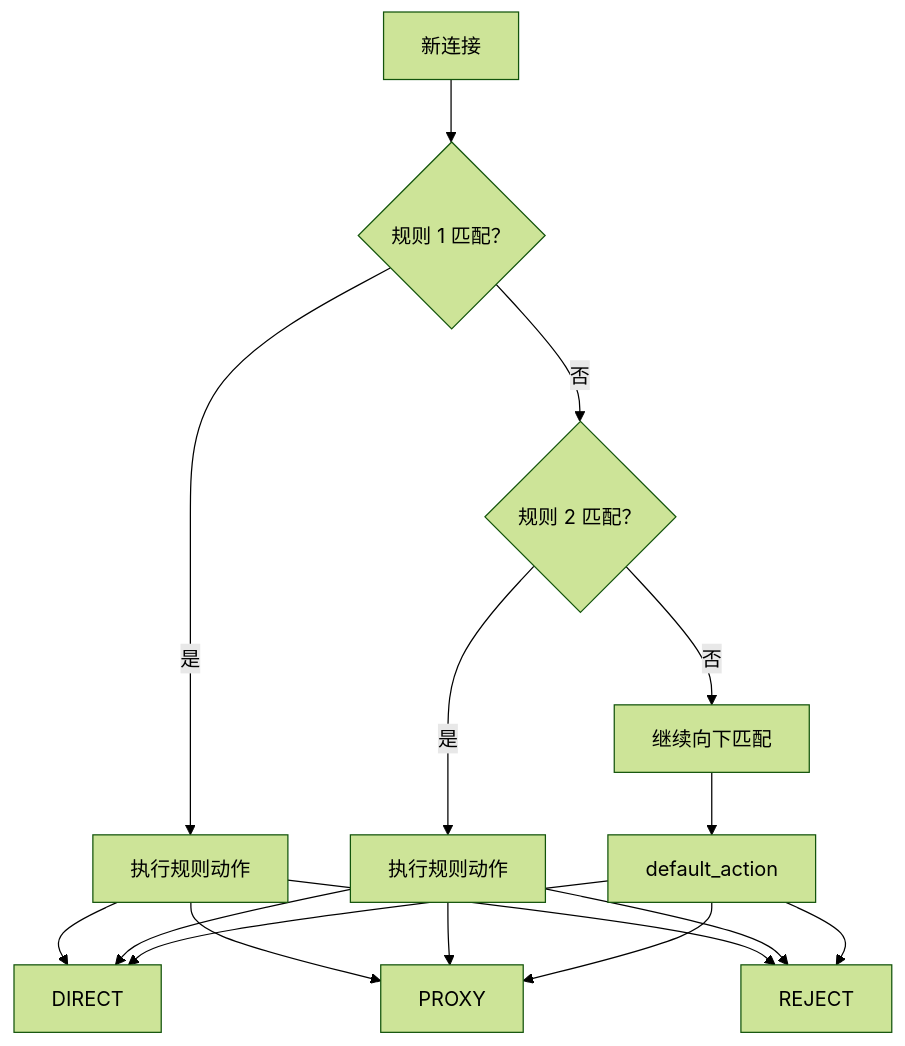
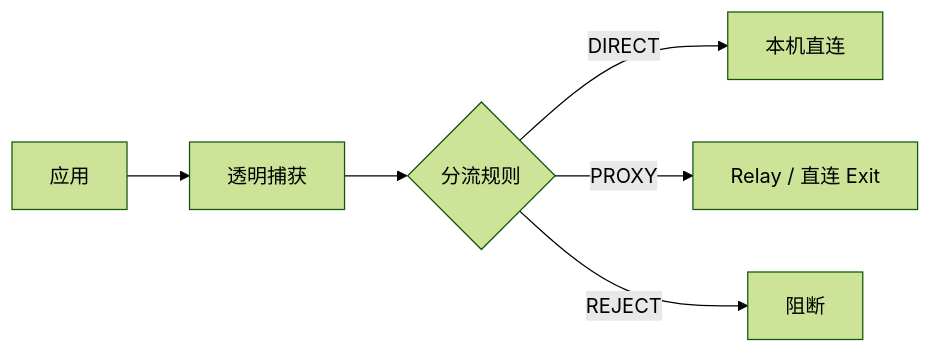
One commit to timwai/RelayProxy changed the fifth of 6 diagrams in README.md. Above: the diagram before and after it, drawn with Mermaid (forest theme). The commit also changed other lines of this file and 81 other files, not shown here.

````diff
--- a/README.md
+++ b/README.md
@@ -555,19 +592,8 @@
 ```mermaid
-flowchart TD
-    C["新连接"] --> R1{"规则 1 匹配？"}
-    R1 -->|否| R2{"规则 2 匹配？"}
-    R1 -->|是| A1["执行规则动作"]
-    R2 -->|否| RN["继续向下匹配"]
-    R2 -->|是| A2["执行规则动作"]
-    RN --> D["default_action"]
-
-    A1 --> DIRECT["DIRECT"]
-    A1 --> PROXY["PROXY"]
-    A1 --> REJECT["REJECT"]
-    A2 --> DIRECT
-    A2 --> PROXY
-    A2 --> REJECT
-    D --> DIRECT
-    D --> PROXY
-    D --> REJECT
+flowchart LR
+    APP["应用"] --> CAP["透明捕获"]
+    CAP --> RULE{"分流规则"}
+    RULE -->|DIRECT| D["本机直连"]
+    RULE -->|PROXY| P["Relay / 直连 Exit"]
+    RULE -->|REJECT| X["阻断"]
 ```
````
